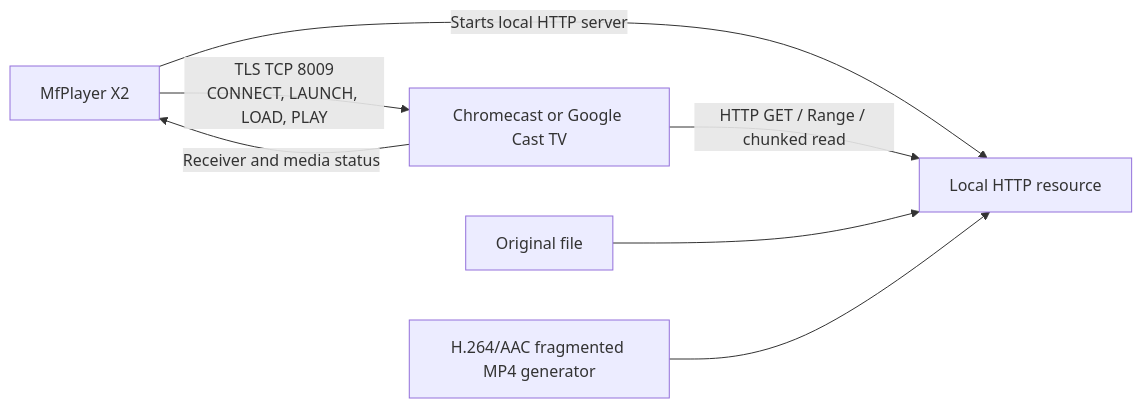
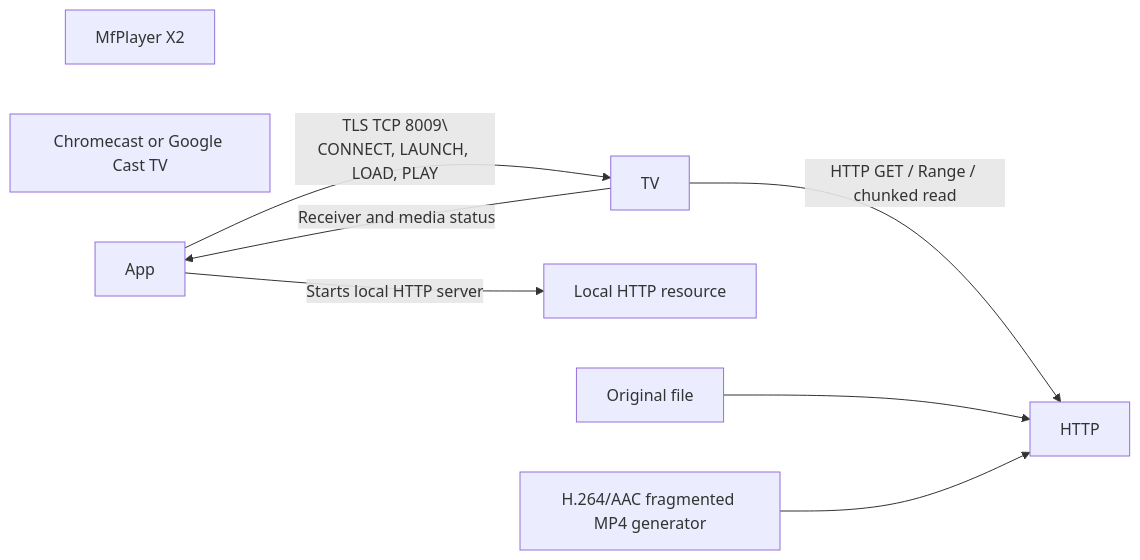
One commit to FactoryXCode/MfPack changed the sixth of 10 diagrams in MfPack/Samples/MfPlayer X2/Docs/MfPlayer_X2_Architecture_and_Chromecast.md. Above: the diagram before and after it, drawn with Mermaid. The commit also changed other lines of this file and 10 other files, not shown here.

Commit message:
Updated MfPlayer X2 for ChromeCast WebVTT

````diff
--- a/MfPack/Samples/MfPlayer X2/Docs/MfPlayer_X2_Architecture_and_Chromecast.md
+++ b/MfPack/Samples/MfPlayer X2/Docs/MfPlayer_X2_Architecture_and_Chromecast.md
@@ -793,14 +787,14 @@
 ```mermaid
 flowchart LR
-    App[MfPlayer X2]
-    TV[Chromecast or Google Cast TV]
+    App\[MfPlayer X2]
+    TV\[Chromecast or Google Cast TV]
 
-    App -- TLS TCP 8009\nCONNECT, LAUNCH, LOAD, PLAY --> TV
+    App -- TLS TCP 8009\\nCONNECT, LAUNCH, LOAD, PLAY --> TV
     TV -- Receiver and media status --> App
 
-    App -- Starts local HTTP server --> HTTP[Local HTTP resource]
+    App -- Starts local HTTP server --> HTTP\[Local HTTP resource]
     TV -- HTTP GET / Range / chunked read --> HTTP
 
-    File[Original file] --> HTTP
-    Transcode[H.264/AAC fragmented MP4 generator] --> HTTP
+    File\[Original file] --> HTTP
+    Transcode\[H.264/AAC fragmented MP4 generator] --> HTTP
 ```
````
